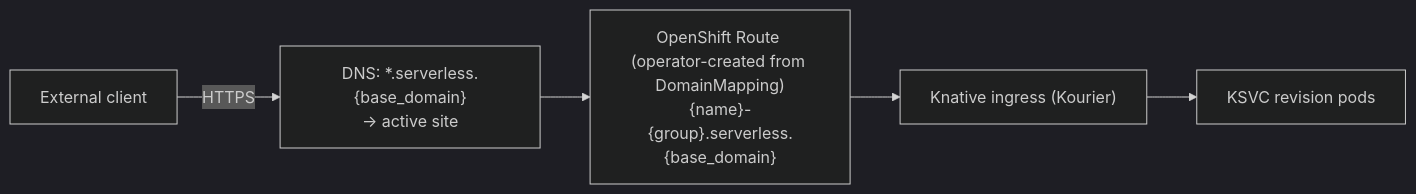
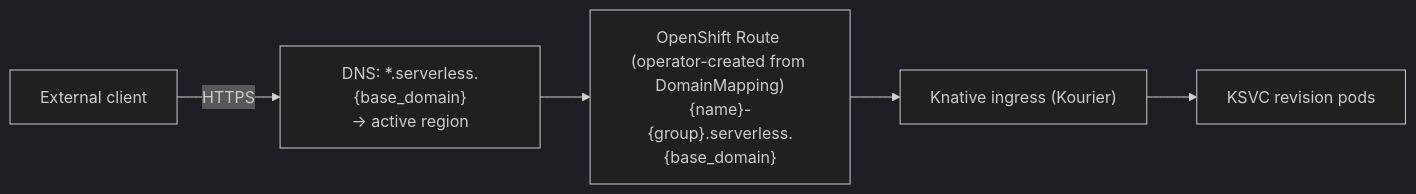
The second of 4 diagrams in docs/ARCHITECTURE.md (black-cloudlet/serverless), drawn with Mermaid (dark theme) before and after one commit. The commit also changed other lines of this file and 73 other files, not shown here.

First line of the commit message:
Rename site to region on every surface (#53)

````diff
--- a/docs/ARCHITECTURE.md
+++ b/docs/ARCHITECTURE.md
@@ -344,7 +344,7 @@
 ```mermaid
 flowchart LR
-    Ext["External client"] -->|HTTPS| DNS["DNS: *.serverless.{base_domain}<br/>→ active site"]
+    Ext["External client"] -->|HTTPS| DNS["DNS: *.serverless.{base_domain}<br/>→ active region"]
     DNS --> RT["OpenShift Route (operator-created from DomainMapping)<br/>{name}-{group}.serverless.{base_domain}"]
     RT --> KIN["Knative ingress (Kourier)"]
     KIN --> KSVC["KSVC revision pods"]
 ```
````
